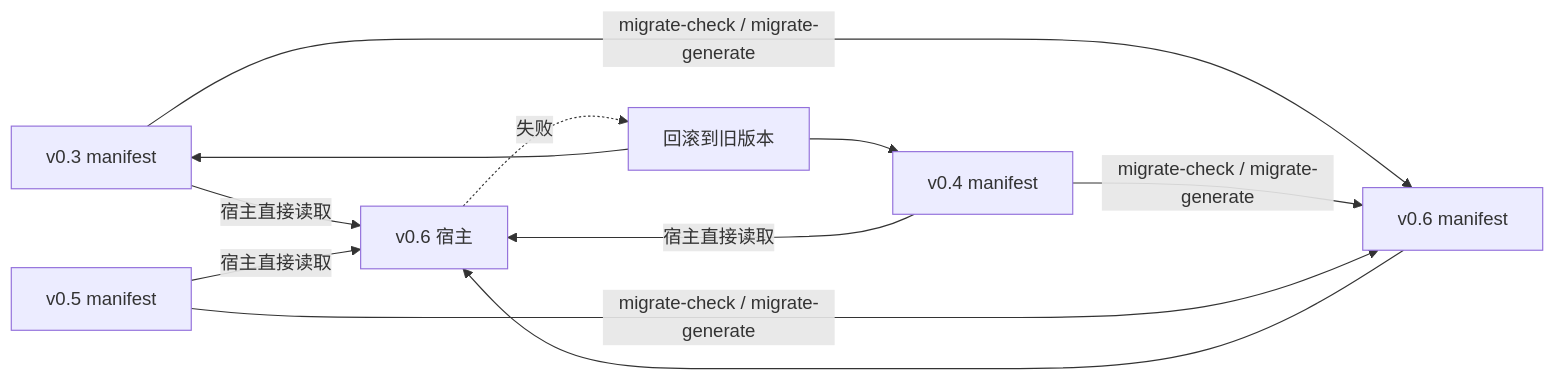
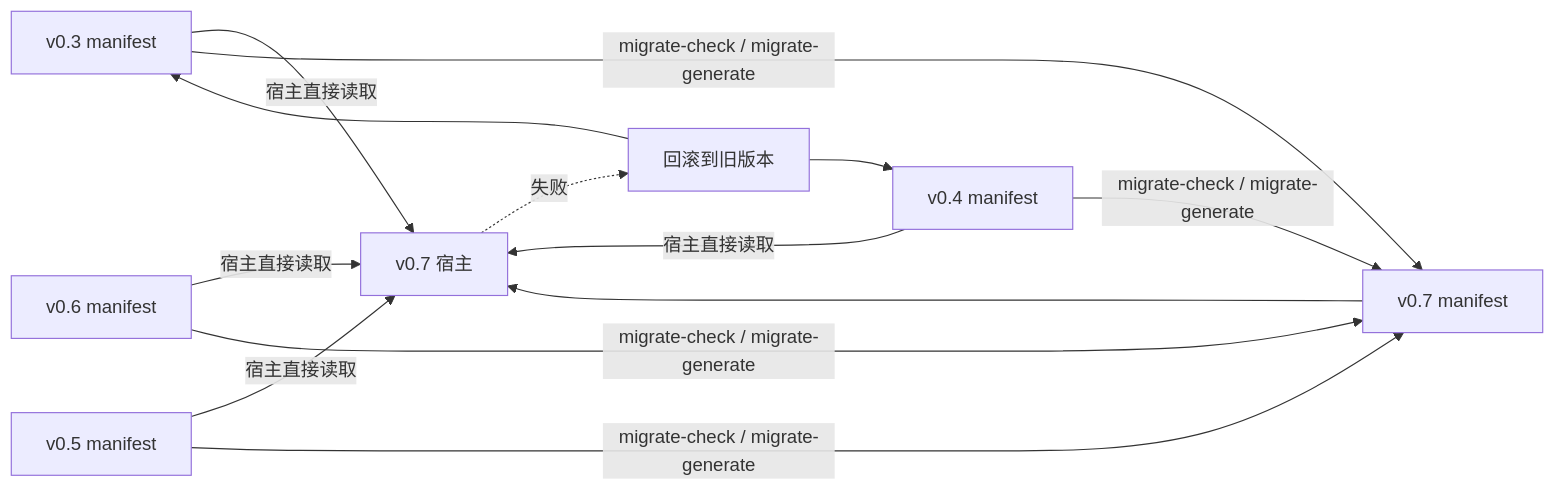
Before and after one commit to limecloud/agentapp: diagram 11 of 11 in docs/zh/architecture.md, drawn with Mermaid. The commit also changed other lines of this file and 63 other files, not shown here.

````diff
--- a/docs/zh/architecture.md
+++ b/docs/zh/architecture.md
@@ -271,13 +345,15 @@
 ```mermaid
 flowchart LR
-  v03[v0.3 manifest] -->|宿主直接读取| v06Host[v0.6 宿主]
-  v04[v0.4 manifest] -->|宿主直接读取| v06Host
-  v05[v0.5 manifest] -->|宿主直接读取| v06Host
-  v03 -->|migrate-check / migrate-generate| v06[v0.6 manifest]
-  v04 -->|migrate-check / migrate-generate| v06
-  v05 -->|migrate-check / migrate-generate| v06
-  v06 --> v06Host
-  v06Host -. 失败 .-> Rollback[回滚到旧版本]
+  v03[v0.3 manifest] -->|宿主直接读取| v07Host[v0.7 宿主]
+  v04[v0.4 manifest] -->|宿主直接读取| v07Host
+  v06[v0.6 manifest] -->|宿主直接读取| v07Host
+  v05[v0.5 manifest] -->|宿主直接读取| v07Host
+  v03 -->|migrate-check / migrate-generate| v07[v0.7 manifest]
+  v04 -->|migrate-check / migrate-generate| v07
+  v06 -->|migrate-check / migrate-generate| v07
+  v05 -->|migrate-check / migrate-generate| v07
+  v07 --> v07Host
+  v07Host -. 失败 .-> Rollback[回滚到旧版本]
   Rollback --> v04
   Rollback --> v03
 ```
````
